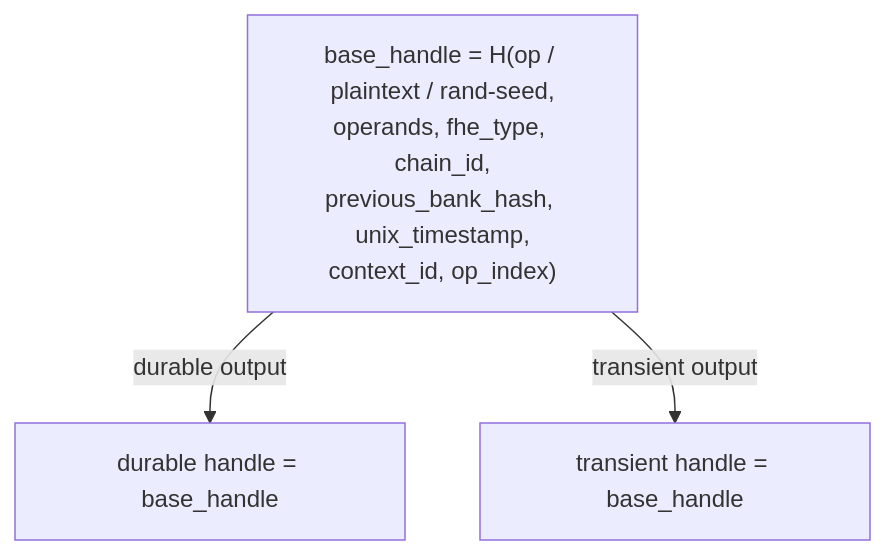
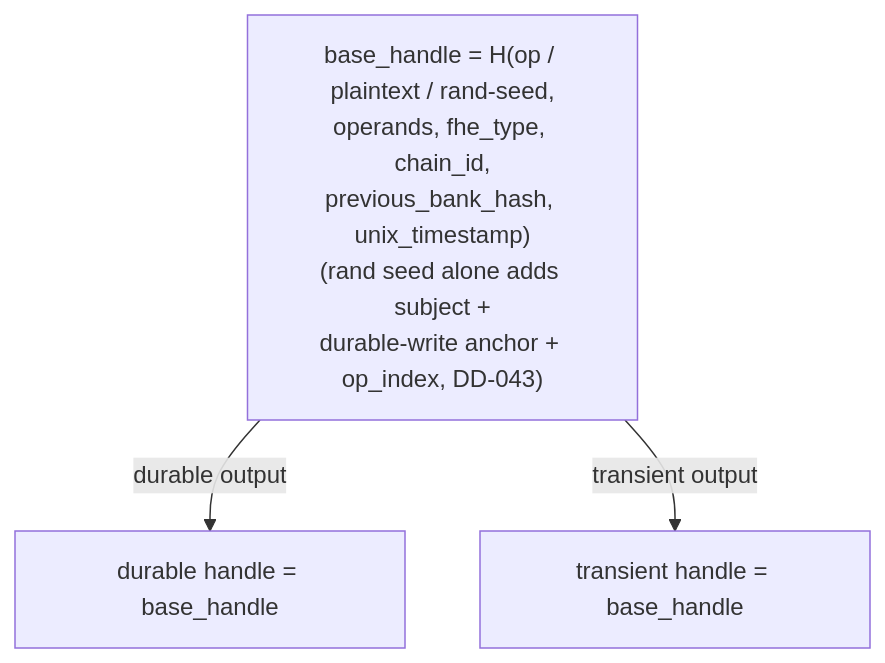
The third of 6 diagrams in solana/docs/MMR_ACL_MVP.md (zama-ai/fhevm), drawn with Mermaid before and after one commit. The commit also changed other lines of this file and 30 other files, not shown here.

First line of the commit message:
refactor(solana): content-addressed handles, anchored rand seeds, delete context_id

````diff
--- a/solana/docs/MMR_ACL_MVP.md
+++ b/solana/docs/MMR_ACL_MVP.md
@@ -128,6 +129,6 @@
 ```mermaid
 flowchart TD
-    base["base_handle = H(op / plaintext / rand-seed,<br/>operands, fhe_type, chain_id,<br/>previous_bank_hash, unix_timestamp,<br/>context_id, op_index)"]
+    base["base_handle = H(op / plaintext / rand-seed,<br/>operands, fhe_type, chain_id,<br/>previous_bank_hash, unix_timestamp)<br/>(rand seed alone adds subject +<br/>durable-write anchor + op_index, DD-043)"]
     base -->|"durable output"| dh["durable handle = base_handle"]
     base -->|"transient output"| th["transient handle = base_handle"]
 ```
````
